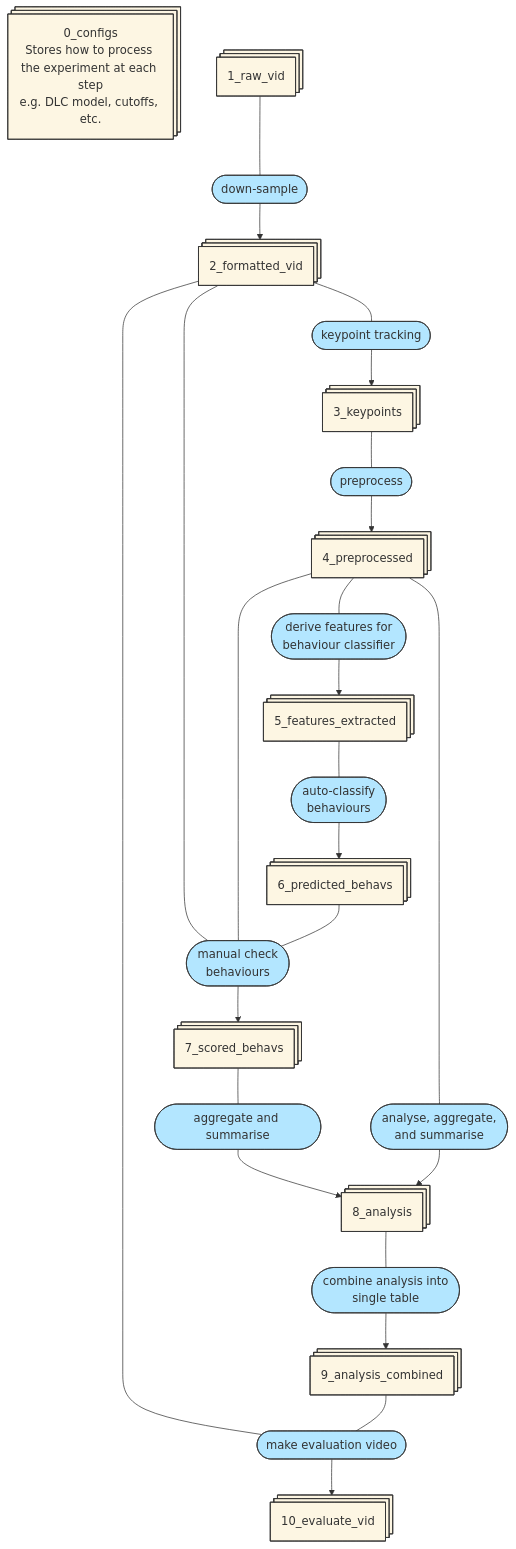
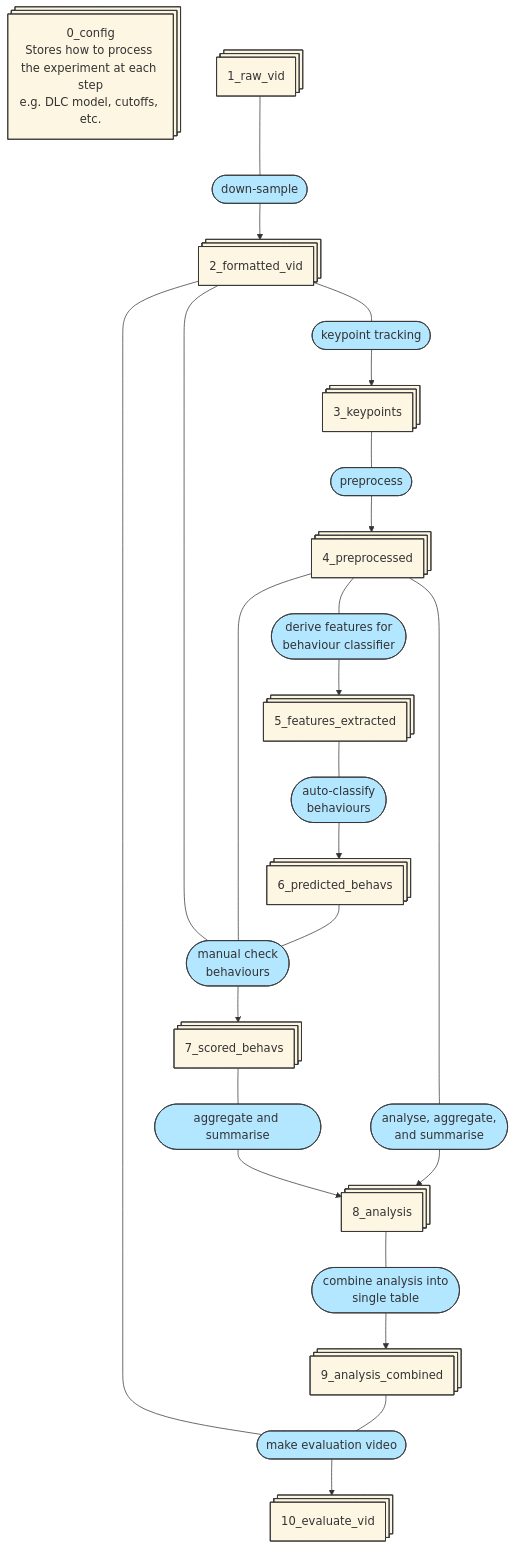
The third of 3 diagrams in src/behavysis/README.md (tlee08/behavysis), drawn with Mermaid before and after one commit. The commit also changed 66 other files, not shown here.

Commit message:
renmae configs to config

````diff
--- a/src/behavysis/README.md
+++ b/src/behavysis/README.md
@@ -93,47 +93,47 @@
 ```mermaid
 flowchart TD
     %% File Nodes
-    F0@{ shape: st-rect, label: "0_configs<br>Stores how to process the experiment at each step<br>e.g. DLC model, cutoffs, etc." }
+    F0@{ shape: st-rect, label: "0_config<br>Stores how to process the experiment at each step<br>e.g. DLC model, cutoffs, etc." }
     F1@{ shape: st-rect, label: "1_raw_vid"}
     F2@{ shape: st-rect, label: "2_formatted_vid"}
     F3@{ shape: st-rect, label: "3_keypoints"}
     F4@{ shape: st-rect, label: "4_preprocessed"}
     F5@{ shape: st-rect, label: "5_features_extracted"}
     F6@{ shape: st-rect, label: "6_predicted_behavs"}
     F7@{ shape: st-rect, label: "7_scored_behavs"}
     F8@{ shape: st-rect, label: "8_analysis"}
     F9@{ shape: st-rect, label: "9_analysis_combined"}
     F10@{ shape: st-rect, label: "10_evaluate_vid"}
 
     %% Process Nodes
     P0@{ shape: pill, label: "down-sample" }
     P1@{ shape: pill, label: "keypoint tracking" }
     P2@{ shape: pill, label: "preprocess" }
     P3@{ shape: pill, label: "derive features for<br>behaviour classifier" }
     P4@{ shape: pill, label: "auto-classify<br>behaviours" }
     P5@{ shape: pill, label: "manual check<br>behaviours" }
     P6@{ shape: pill, label: "aggregate and summarise" }
     P7@{ shape: pill, label: "analyse, aggregate,<br>and summarise" }
     P8@{ shape: pill, label: "combine analysis into<br>single table" }
     P9@{ shape: pill, label: "make evaluation video" }
 
     %% Connections
     F1 --- P0 --> F2
     F2 --- P1 --> F3
     F3 --- P2 --> F4
     F4 --- P3 --> F5
     F5 --- P4 --> F6
     F2 & F4 & F6 --- P5 --> F7
     F7 --- P6 --> F8
     F4 --- P7 --> F8
     F8 --- P8 --> F9
     F2 & F9 --- P9 --> F10
 
     %% Classes for styling
     classDef FileNode fill:#fdf6e3,stroke:#333;
     classDef ProcessNode fill:#b3e6ff,stroke:#333;
 
     %% Apply classes
     class F0,F1,F2,F3,F4,F5,F6,F7,F8,F9,F10 FileNode;
     class P0,P1,P2,P3,P4,P5,P6,P7,P8,P9 ProcessNode;
 ```
````
